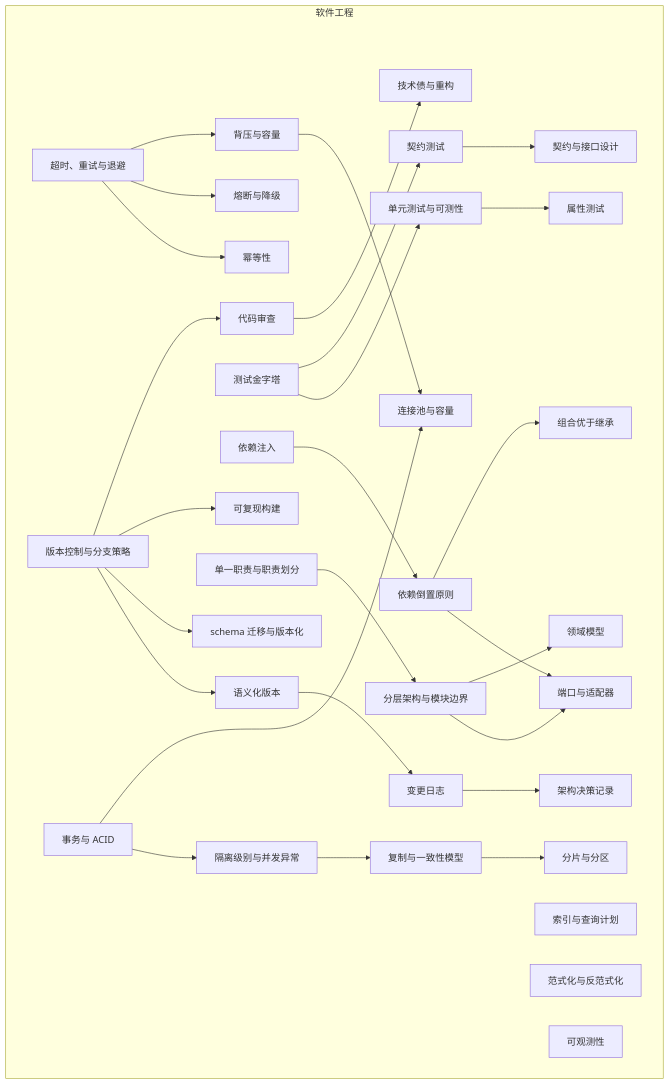
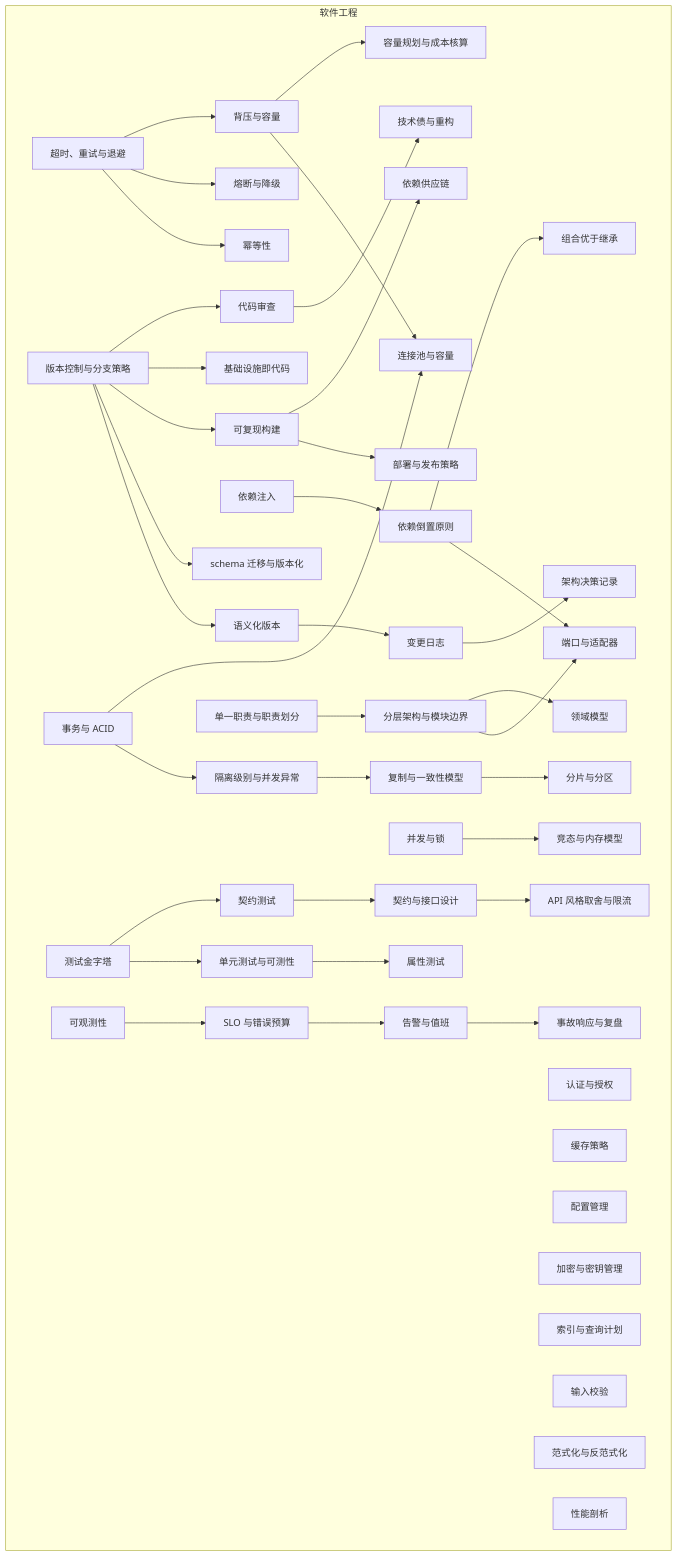
One commit to paike309/concept-atlas changed the diagram in maps/software.md. Above: the diagram before and after it, drawn with Mermaid. The commit also changed other lines of this file and 38 other files, not shown here.

```diff
--- a/maps/software.md
+++ b/maps/software.md
@@ -14,23 +14,38 @@
 flowchart TD
     subgraph G_software["软件工程"]
     n_adr["架构决策记录"]
+    n_alerting_and_on_call["告警与值班"]
+    n_api_design_and_rate_limiting["API 风格取舍与限流"]
+    n_authentication_and_authorization["认证与授权"]
     n_backpressure["背压与容量"]
+    n_caching_strategies["缓存策略"]
+    n_capacity_planning["容量规划与成本核算"]
     n_changelog["变更日志"]
     n_circuit_breaker["熔断与降级"]
     n_code_review["代码审查"]
     n_composition_over_inheritance["组合优于继承"]
+    n_concurrency_and_locking["并发与锁"]
+    n_configuration_management["配置管理"]
     n_connection_pooling["连接池与容量"]
     n_contract_design["契约与接口设计"]
     n_contract_testing["契约测试"]
     n_dependency_injection["依赖注入"]
     n_dependency_inversion["依赖倒置原则"]
+    n_dependency_supply_chain["依赖供应链"]
+    n_deployment_strategies["部署与发布策略"]
     n_domain_model["领域模型"]
+    n_encryption_and_key_management["加密与密钥管理"]
     n_idempotency["幂等性"]
+    n_incident_response["事故响应与复盘"]
     n_index_and_query_plan["索引与查询计划"]
+    n_infrastructure_as_code["基础设施即代码"]
+    n_input_validation["输入校验"]
     n_layered_architecture["分层架构与模块边界"]
+    n_memory_model_and_races["竞态与内存模型"]
     n_normalization["范式化与反范式化"]
     n_observability["可观测性"]
     n_ports_and_adapters["端口与适配器"]
+    n_profiling["性能剖析"]
     n_property_based_testing["属性测试"]
     n_replication_and_consistency["复制与一致性模型"]
     n_reproducible_build["可复现构建"]
@@ -38,6 +53,7 @@
     n_semantic_versioning["语义化版本"]
     n_sharding_and_partitioning["分片与分区"]
     n_single_responsibility["单一职责与职责划分"]
+    n_slo_and_error_budget["SLO 与错误预算"]
     n_technical_debt_refactoring["技术债与重构"]
     n_test_pyramid["测试金字塔"]
     n_timeout_retry_backoff["超时、重试与退避"]
@@ -47,7 +63,10 @@
     n_version_control_branching["版本控制与分支策略"]
     end
     n_changelog --> n_adr
+    n_slo_and_error_budget --> n_alerting_and_on_call
+    n_contract_design --> n_api_design_and_rate_limiting
     n_timeout_retry_backoff --> n_backpressure
+    n_backpressure --> n_capacity_planning
     n_semantic_versioning --> n_changelog
     n_timeout_retry_backoff --> n_circuit_breaker
     n_version_control_branching --> n_code_review
@@ -57,9 +76,14 @@
     n_contract_testing --> n_contract_design
     n_test_pyramid --> n_contract_testing
     n_dependency_injection --> n_dependency_inversion
+    n_reproducible_build --> n_dependency_supply_chain
+    n_reproducible_build --> n_deployment_strategies
     n_layered_architecture --> n_domain_model
     n_timeout_retry_backoff --> n_idempotency
+    n_alerting_and_on_call --> n_incident_response
+    n_version_control_branching --> n_infrastructure_as_code
     n_single_responsibility --> n_layered_architecture
+    n_concurrency_and_locking --> n_memory_model_and_races
     n_dependency_inversion --> n_ports_and_adapters
     n_layered_architecture --> n_ports_and_adapters
     n_unit_testing --> n_property_based_testing
@@ -68,6 +92,7 @@
     n_version_control_branching --> n_schema_migration
     n_version_control_branching --> n_semantic_versioning
     n_replication_and_consistency --> n_sharding_and_partitioning
+    n_observability --> n_slo_and_error_budget
     n_code_review --> n_technical_debt_refactoring
     n_transactions_acid --> n_transaction_isolation
     n_test_pyramid --> n_unit_testing
```
